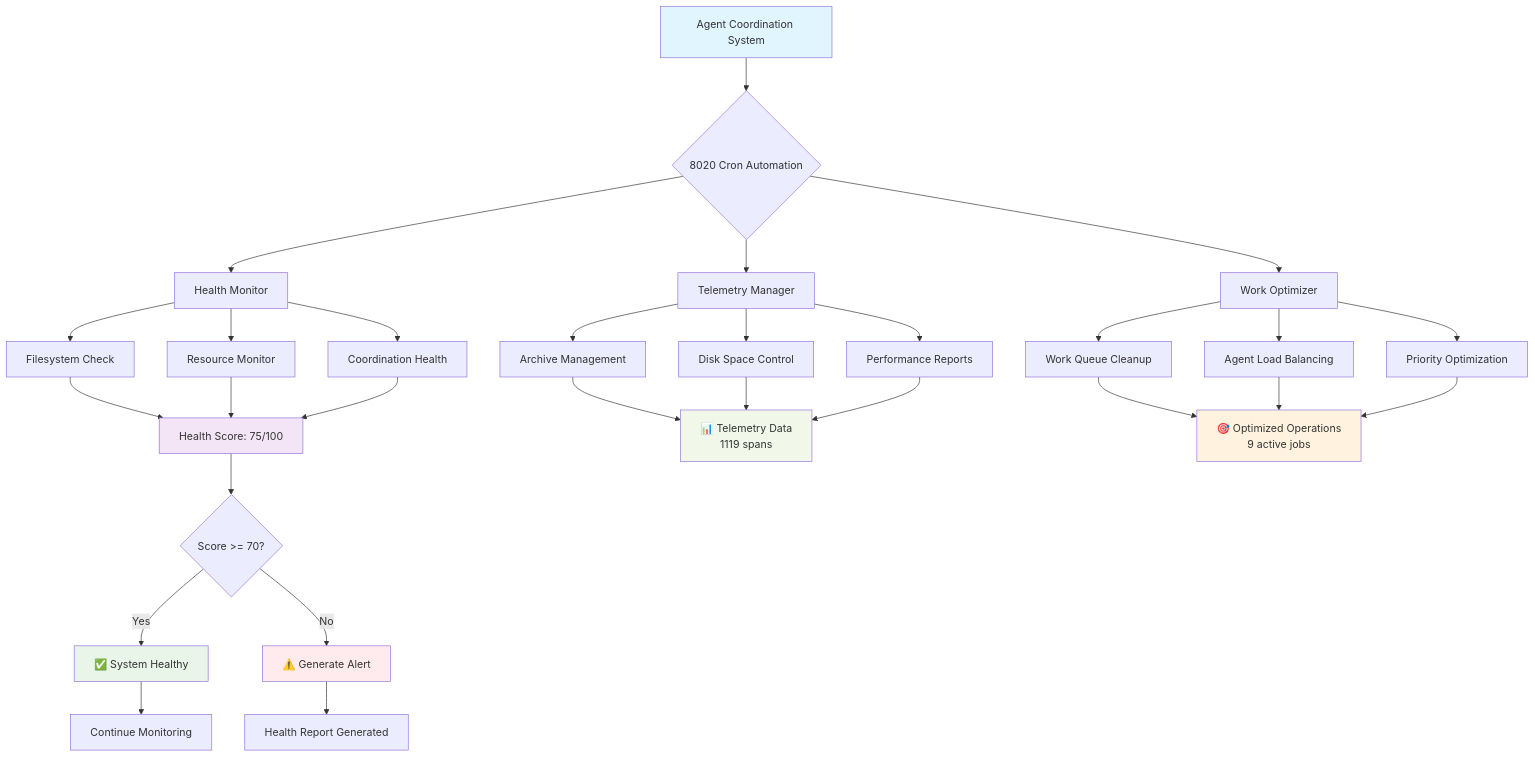
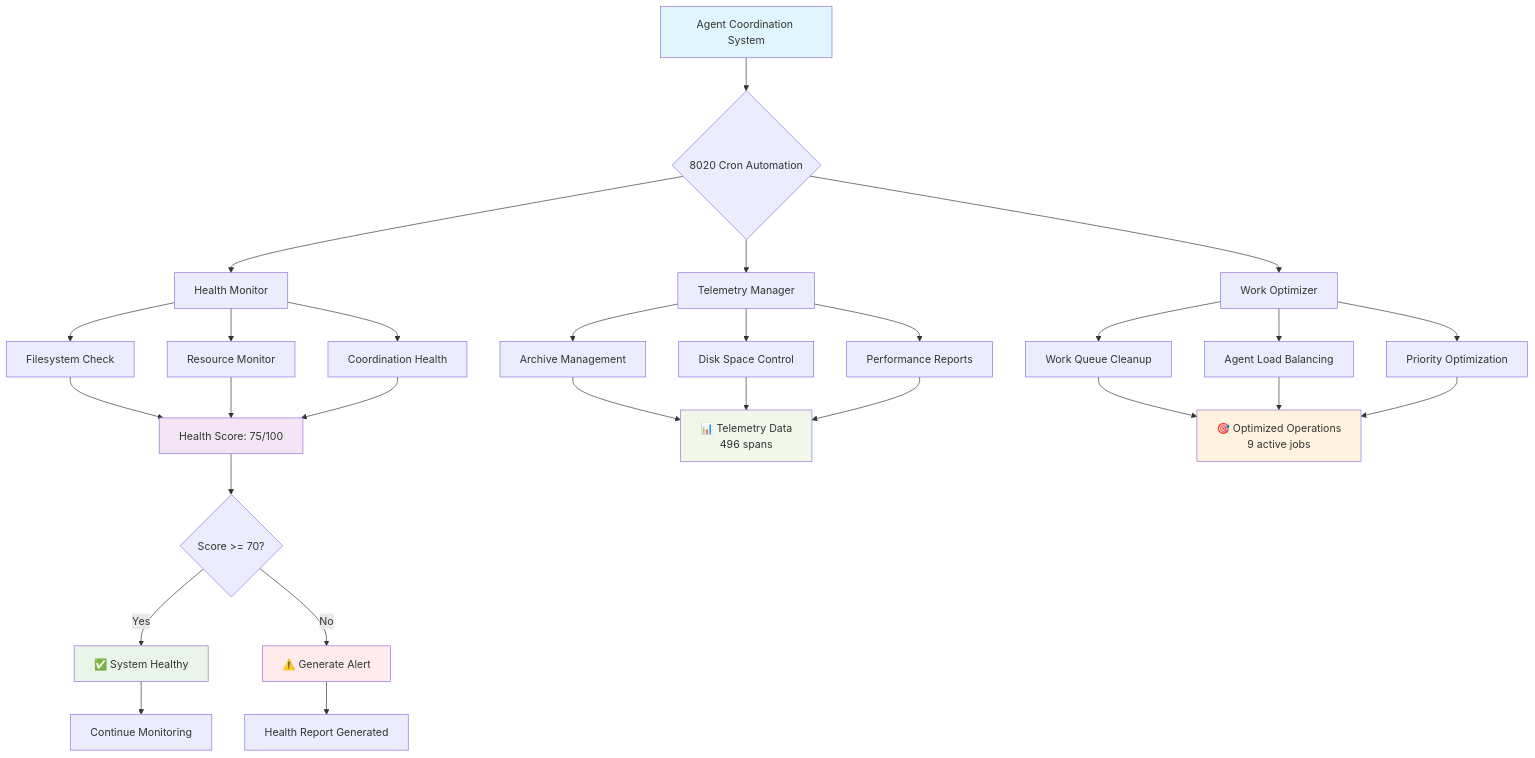
Before and after one commit to seanchatmangpt/swarmsh: the diagram in docs/auto_generated_diagrams/system_flow.md, drawn with Mermaid. The commit also changed other lines of this file and 9 other files, not shown here.

````diff
--- a/docs/auto_generated_diagrams/system_flow.md
+++ b/docs/auto_generated_diagrams/system_flow.md
@@ -5,45 +5,45 @@
 ```mermaid
 flowchart TD
     A[Agent Coordination System] --> B{8020 Cron Automation}
     B --> C[Health Monitor]
     B --> D[Telemetry Manager]
     B --> E[Work Optimizer]
     
     C --> F[Filesystem Check]
     C --> G[Resource Monitor]
     C --> H[Coordination Health]
     
     D --> I[Archive Management]
     D --> J[Disk Space Control]
     D --> K[Performance Reports]
     
     E --> L[Work Queue Cleanup]
     E --> M[Agent Load Balancing]
     E --> N[Priority Optimization]
     
     F --> O[Health Score: 75/100]
     G --> O
     H --> O
     
     O --> P{Score >= 70?}
     P -->|Yes| Q[✅ System Healthy]
     P -->|No| R[⚠️ Generate Alert]
     
-    I --> S[📊 Telemetry Data<br/>    1119 spans]
+    I --> S[📊 Telemetry Data<br/>     496 spans]
     J --> S
     K --> S
     
     L --> T[🎯 Optimized Operations<br/>9 active jobs]
     M --> T
     N --> T
     
     Q --> U[Continue Monitoring]
     R --> V[Health Report Generated]
     
     style A fill:#e1f5fe
     style O fill:#f3e5f5
     style Q fill:#e8f5e8
     style R fill:#ffebee
     style S fill:#f1f8e9
     style T fill:#fff3e0
 ```
````
